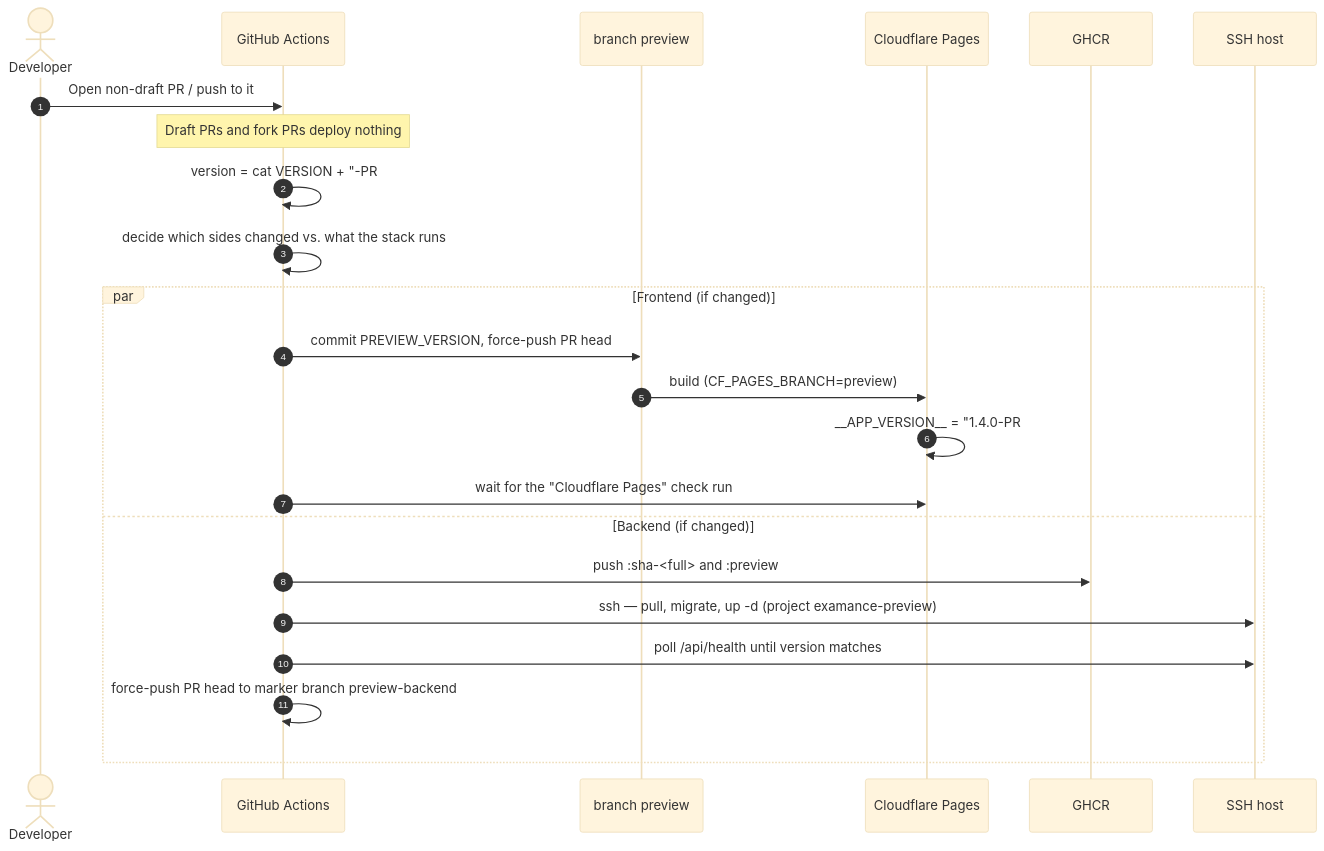
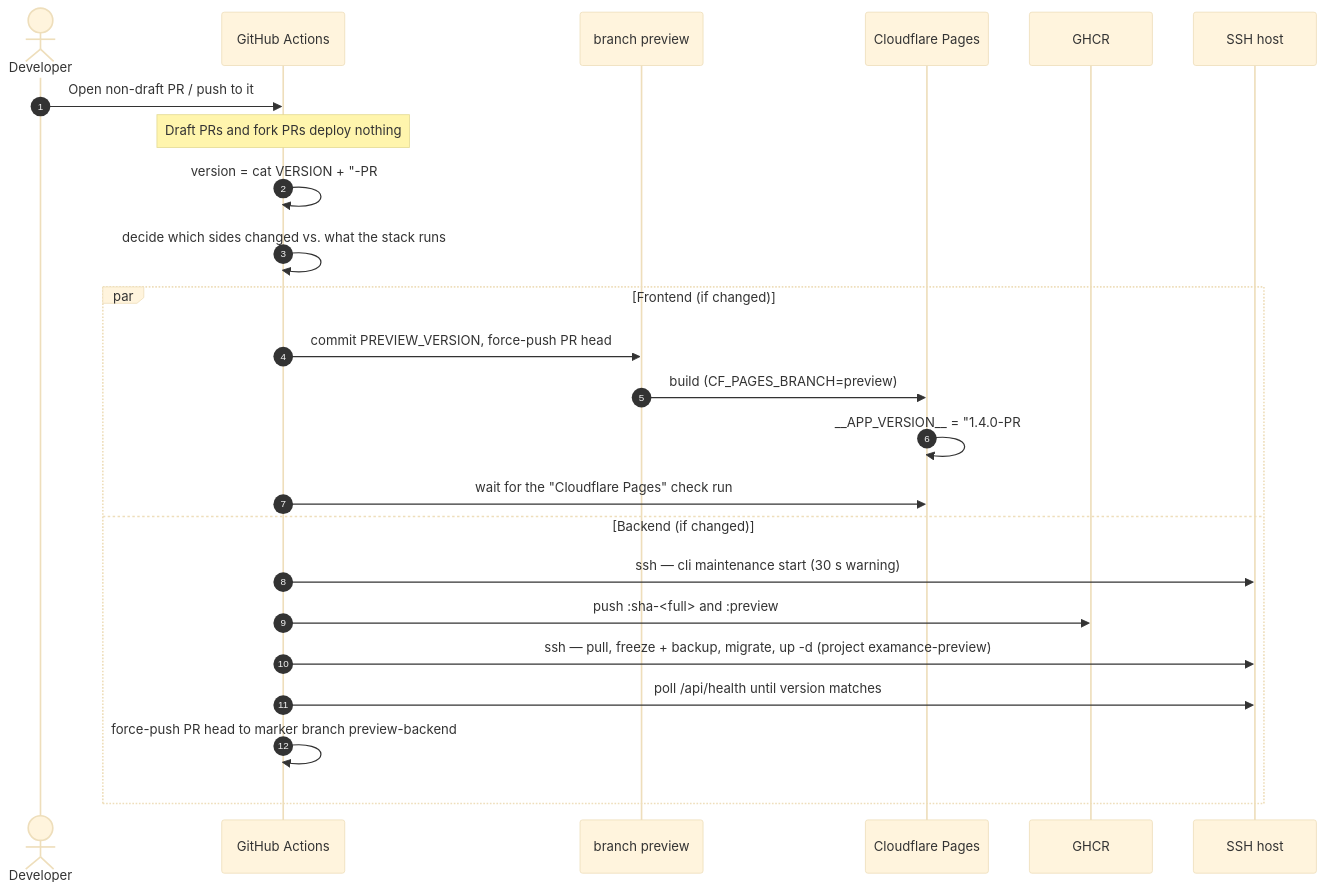
Before and after one commit to ValentinHerrmann/Examance: the fourth of 5 diagrams in docs/deployment.md, drawn with Mermaid (base theme). The commit also changed other lines of this file and 54 other files, not shown here.

````diff
--- a/docs/deployment.md
+++ b/docs/deployment.md
@@ -138,26 +147,27 @@
 ```mermaid
 sequenceDiagram
     autonumber
     actor D as Developer
     participant GA as GitHub Actions
     participant P as branch preview
     participant CF as Cloudflare Pages
     participant GR as GHCR
     participant S as SSH host
 
     D->>GA: Open non-draft PR / push to it
     Note over GA: Draft PRs and fork PRs deploy nothing
     GA->>GA: version = cat VERSION + "-PR#<number> [<built-at>]"
     GA->>GA: decide which sides changed vs. what the stack runs
     par Frontend (if changed)
         GA->>P: commit PREVIEW_VERSION, force-push PR head
         P->>CF: build (CF_PAGES_BRANCH=preview)
         CF->>CF: __APP_VERSION__ = "1.4.0-PR#123 [18.08.2026 | 14:32]"
         GA->>CF: wait for the "Cloudflare Pages" check run
     and Backend (if changed)
+        GA->>S: ssh — cli maintenance start (30 s warning)
         GA->>GR: push :sha-<full> and :preview
-        GA->>S: ssh — pull, migrate, up -d (project examance-preview)
+        GA->>S: ssh — pull, freeze + backup, migrate, up -d (project examance-preview)
         GA->>S: poll /api/health until version matches
         GA->>GA: force-push PR head to marker branch preview-backend
     end
 ```
````
